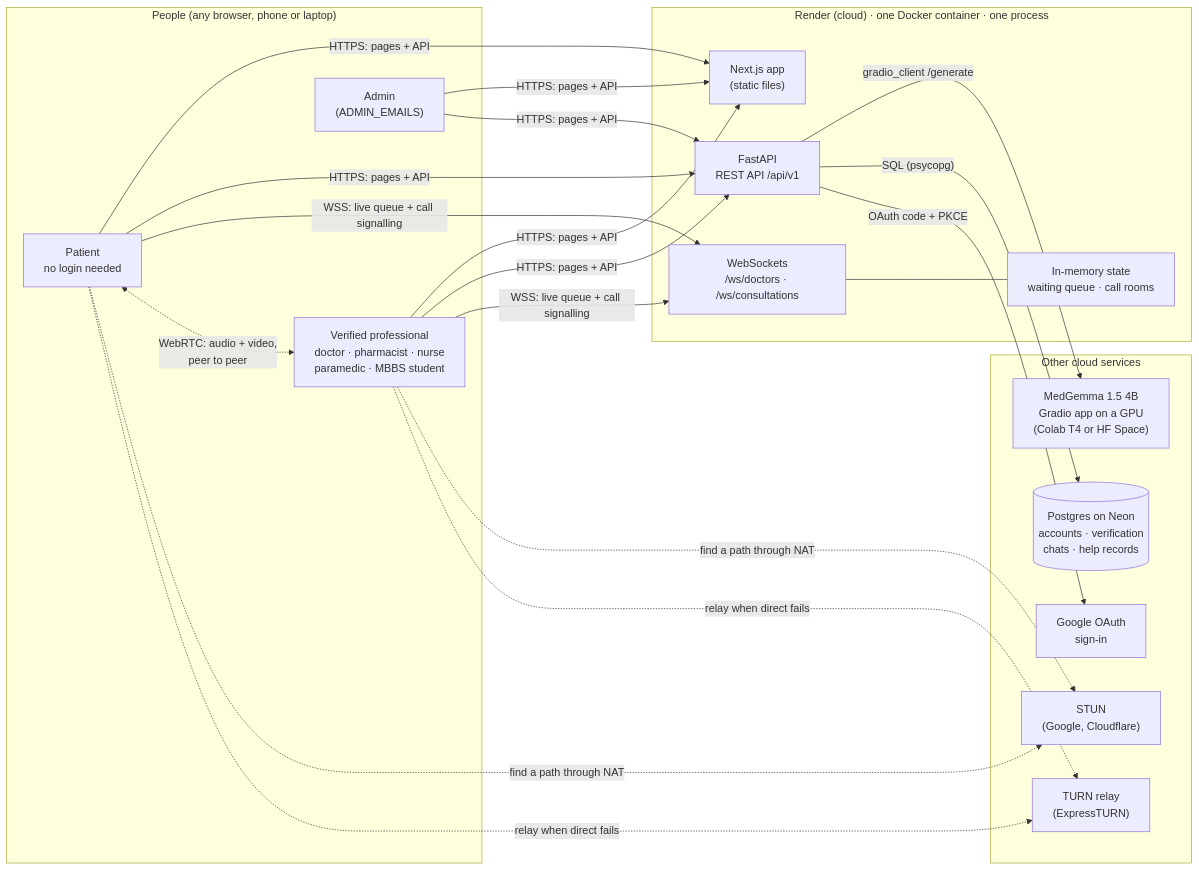
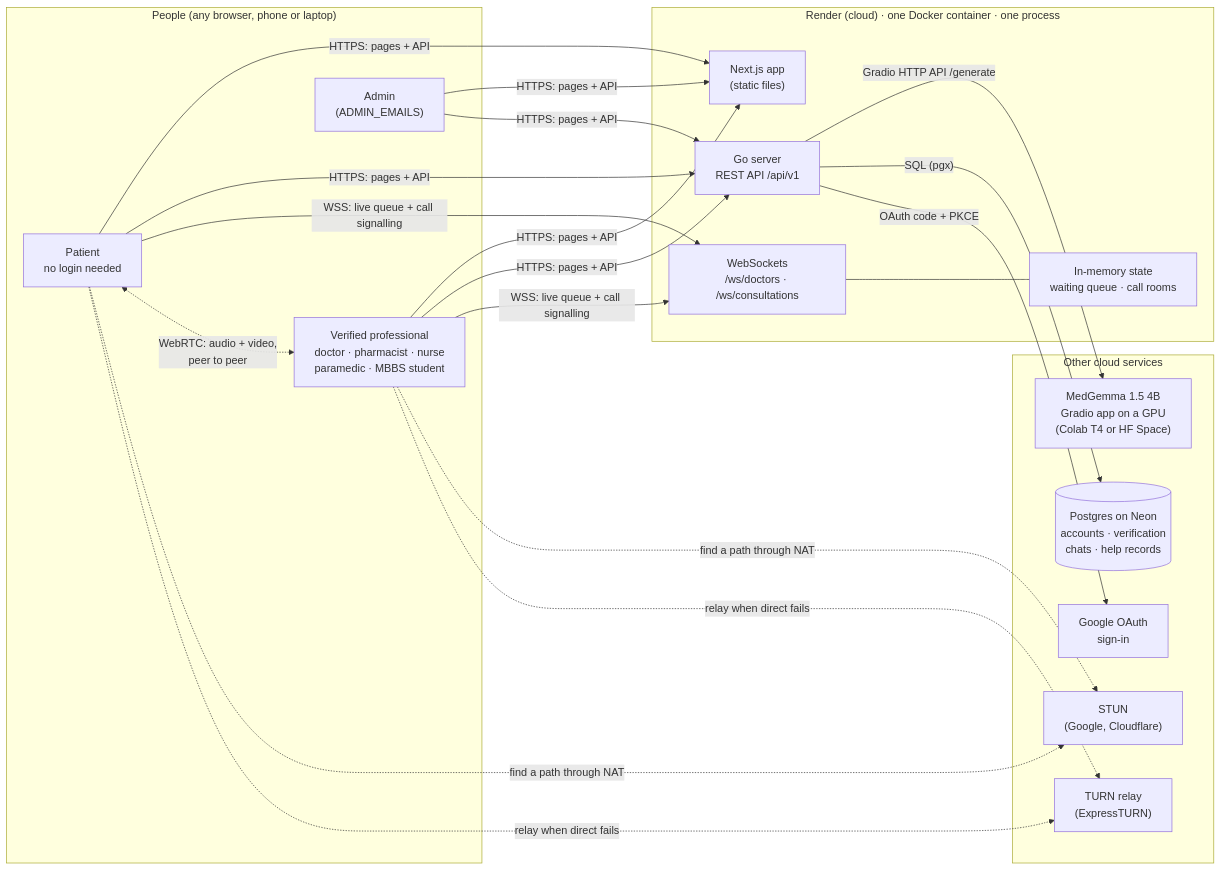
One commit to POOKIEE-DEVS/SwasthyaSetu changed the first of 5 diagrams in docs/architecture.md. Above: the diagram before and after it, drawn with Mermaid. The commit also changed other lines of this file and 4 other files, not shown here.

````diff
--- a/docs/architecture.md
+++ b/docs/architecture.md
@@ -22,33 +22,33 @@
 ```mermaid
 flowchart LR
     subgraph Users["People (any browser, phone or laptop)"]
         P["Patient<br/>no login needed"]
         D["Verified professional<br/>doctor · pharmacist · nurse<br/>paramedic · MBBS student"]
         AD["Admin<br/>(ADMIN_EMAILS)"]
     end
 
     subgraph Render["Render (cloud) · one Docker container · one process"]
         FE["Next.js app<br/>(static files)"]
-        API["FastAPI<br/>REST API /api/v1"]
+        API["Go server<br/>REST API /api/v1"]
         WS["WebSockets<br/>/ws/doctors · /ws/consultations"]
         MEM["In-memory state<br/>waiting queue · call rooms"]
     end
 
     subgraph Cloud["Other cloud services"]
         LLM["MedGemma 1.5 4B<br/>Gradio app on a GPU<br/>(Colab T4 or HF Space)"]
         DB[("Postgres on Neon<br/>accounts · verification<br/>chats · help records")]
         G["Google OAuth<br/>sign-in"]
         TURN["TURN relay<br/>(ExpressTURN)"]
         STUN["STUN<br/>(Google, Cloudflare)"]
     end
 
     P & D & AD -- "HTTPS: pages + API" --> FE & API
     P & D -- "WSS: live queue + call signalling" --> WS
-    API -- "gradio_client /generate" --> LLM
-    API -- "SQL (psycopg)" --> DB
+    API -- "Gradio HTTP API /generate" --> LLM
+    API -- "SQL (pgx)" --> DB
     API -- "OAuth code + PKCE" --> G
     WS --- MEM
     P <-. "WebRTC: audio + video,<br/>peer to peer" .-> D
     P & D -. "find a path through NAT" .-> STUN
     P & D -. "relay when direct fails" .-> TURN
 ```
````
